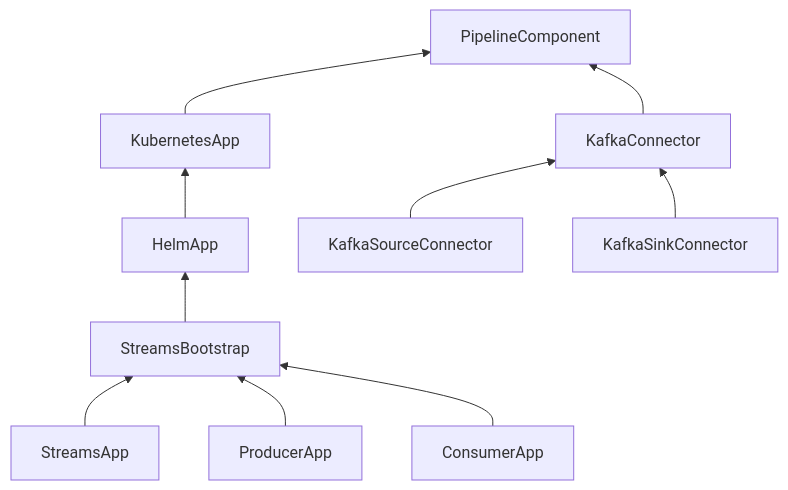
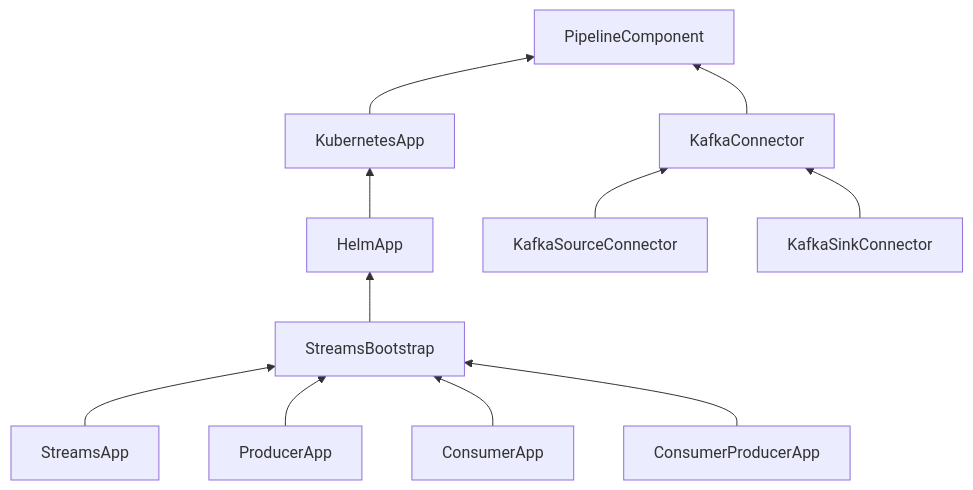
One commit to bakdata/kpops changed the diagram in docs/docs/resources/architecture/components-hierarchy.md. Above: the diagram before and after it, drawn with Mermaid. The commit also changed 49 other files, not shown here.

Commit message:
feat(streams-bootstrap): add consumer-producer app (#679)

````diff
--- a/docs/docs/resources/architecture/components-hierarchy.md
+++ b/docs/docs/resources/architecture/components-hierarchy.md
@@ -1,22 +1,24 @@
 ```mermaid
 flowchart BT
     KubernetesApp --> PipelineComponent
     HelmApp --> KubernetesApp
     StreamsBootstrap --> HelmApp
     StreamsApp --> StreamsBootstrap
     ProducerApp --> StreamsBootstrap
     ConsumerApp --> StreamsBootstrap
+    ConsumerProducerApp --> StreamsBootstrap
     KafkaConnector --> PipelineComponent
     KafkaSourceConnector --> KafkaConnector
     KafkaSinkConnector --> KafkaConnector
 
     click KubernetesApp "./../kubernetes-app"
     click HelmApp "./../helm-app"
     click StreamsBootstrap "./../streams-bootstrap"
     click StreamsApp "./../streams-app"
     click ProducerApp "./../producer-app"
     click ConsumerApp "./../consumer-app"
+    click ConsumerProducerApp "./../consumer-producer-app"
     click KafkaConnector "./../kafka-connector"
     click KafkaSourceConnector "./../kafka-source-connector"
     click KafkaSinkConnector "./../kafka-sink-connector"
 ```
````
